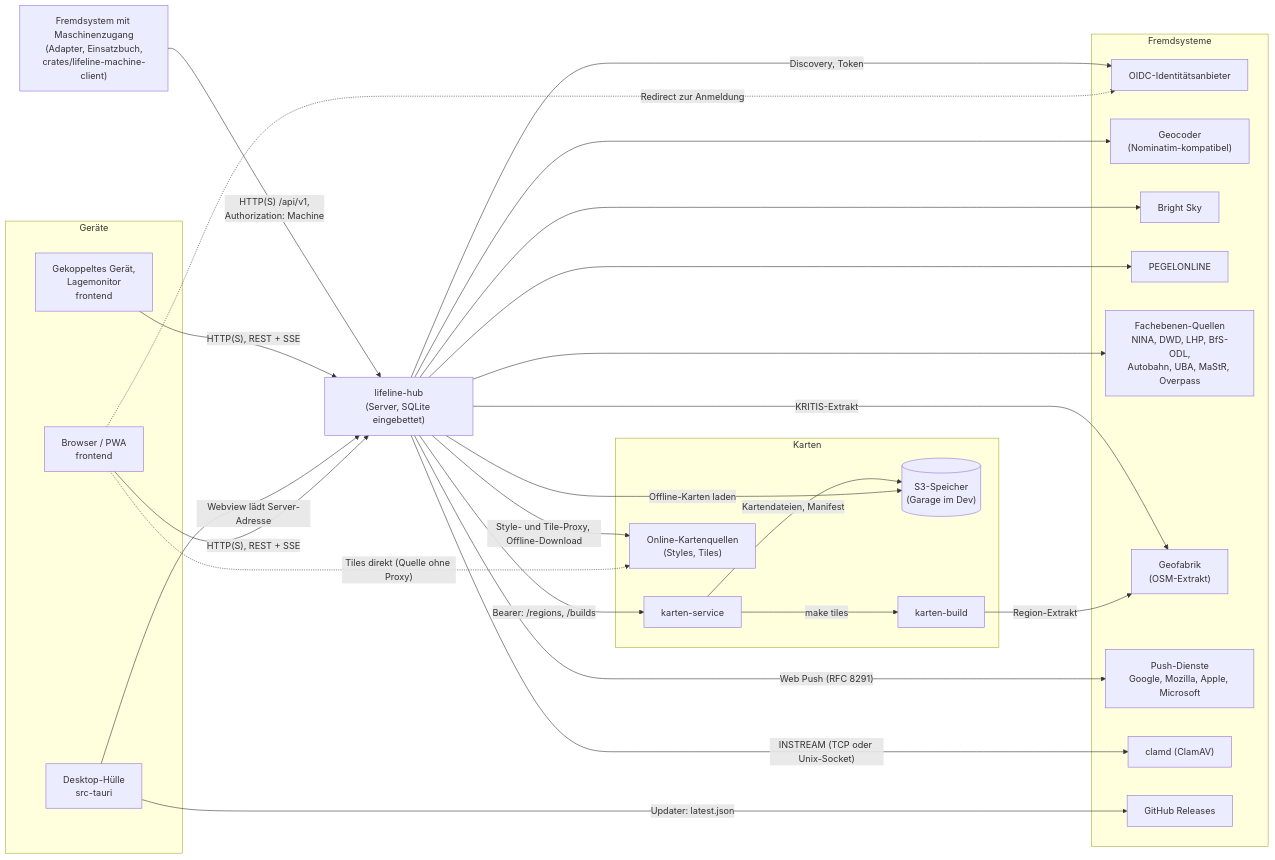
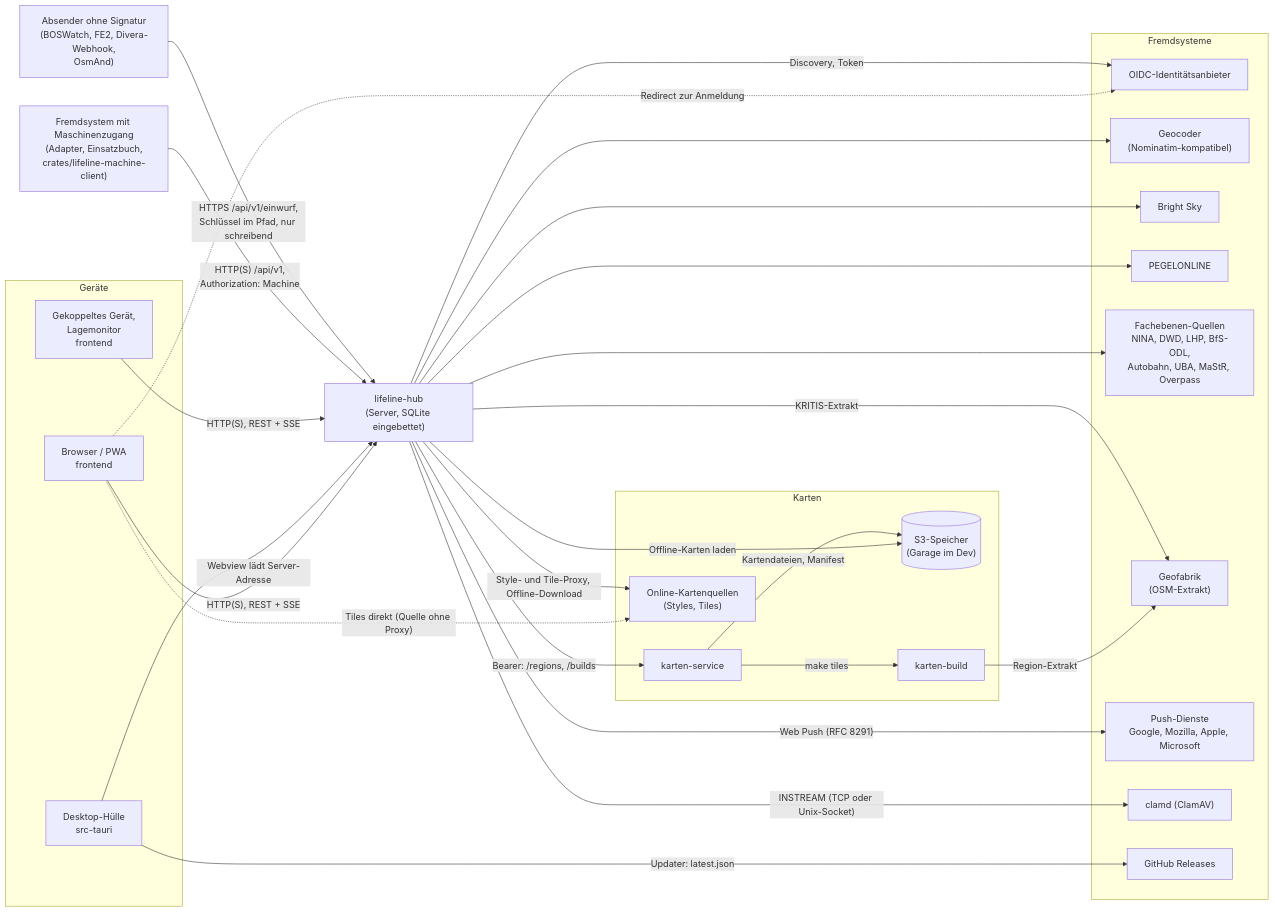
One commit to rubenvitt/lifeline-hub changed the diagram in docs/architektur/03-kontextabgrenzung.md. Above: the diagram before and after it, drawn with Mermaid. The commit also changed other lines of this file and 15 other files, not shown here.

````diff
--- a/docs/architektur/03-kontextabgrenzung.md
+++ b/docs/architektur/03-kontextabgrenzung.md
@@ -28,54 +28,56 @@
 ```mermaid
 flowchart LR
   subgraph geraete["Geräte"]
     browser["Browser / PWA<br/>frontend"]
     huelle["Desktop-Hülle<br/>src-tauri"]
     geraet["Gekoppeltes Gerät,<br/>Lagemonitor<br/>frontend"]
   end
 
   maschine["Fremdsystem mit Maschinenzugang<br/>(Adapter, Einsatzbuch,<br/>crates/lifeline-machine-client)"]
+  absender["Absender ohne Signatur<br/>(BOSWatch, FE2, Divera-Webhook,<br/>OsmAnd)"]
 
   hub["lifeline-hub<br/>(Server, SQLite eingebettet)"]
 
   subgraph karten["Karten"]
     ks["karten-service"]
     s3[("S3-Speicher<br/>(Garage im Dev)")]
     kb["karten-build"]
     online["Online-Kartenquellen<br/>(Styles, Tiles)"]
   end
 
   subgraph fremd["Fremdsysteme"]
     idp["OIDC-Identitätsanbieter"]
     nominatim["Geocoder<br/>(Nominatim-kompatibel)"]
     brightsky["Bright Sky"]
     pegel["PEGELONLINE"]
     fach["Fachebenen-Quellen<br/>NINA, DWD, LHP, BfS-ODL,<br/>Autobahn, UBA, MaStR, Overpass"]
     geofabrik["Geofabrik<br/>(OSM-Extrakt)"]
     push["Push-Dienste<br/>Google, Mozilla, Apple, Microsoft"]
     clamd["clamd (ClamAV)"]
     gh["GitHub Releases"]
   end
 
   browser -- "HTTP(S), REST + SSE" --> hub
   huelle -- "Webview lädt Server-Adresse" --> hub
   geraet -- "HTTP(S), REST + SSE" --> hub
   maschine -- "HTTP(S) /api/v1,<br/>Authorization: Machine" --> hub
+  absender -- "HTTPS /api/v1/einwurf,<br/>Schlüssel im Pfad, nur schreibend" --> hub
   browser -. "Redirect zur Anmeldung" .-> idp
   browser -. "Tiles direkt (Quelle ohne Proxy)" .-> online
   huelle -- "Updater: latest.json" --> gh
 
   hub -- "Discovery, Token" --> idp
   hub -- "Style- und Tile-Proxy, Offline-Download" --> online
   hub -- "Bearer: /regions, /builds" --> ks
   hub -- "Offline-Karten laden" --> s3
   ks -- "Kartendateien, Manifest" --> s3
   ks -- "make tiles" --> kb
   kb -- "Region-Extrakt" --> geofabrik
   hub --> nominatim
   hub --> brightsky
   hub --> pegel
   hub --> fach
   hub -- "KRITIS-Extrakt" --> geofabrik
   hub -- "Web Push (RFC 8291)" --> push
   hub -- "INSTREAM (TCP oder Unix-Socket)" --> clamd
 ```
````
